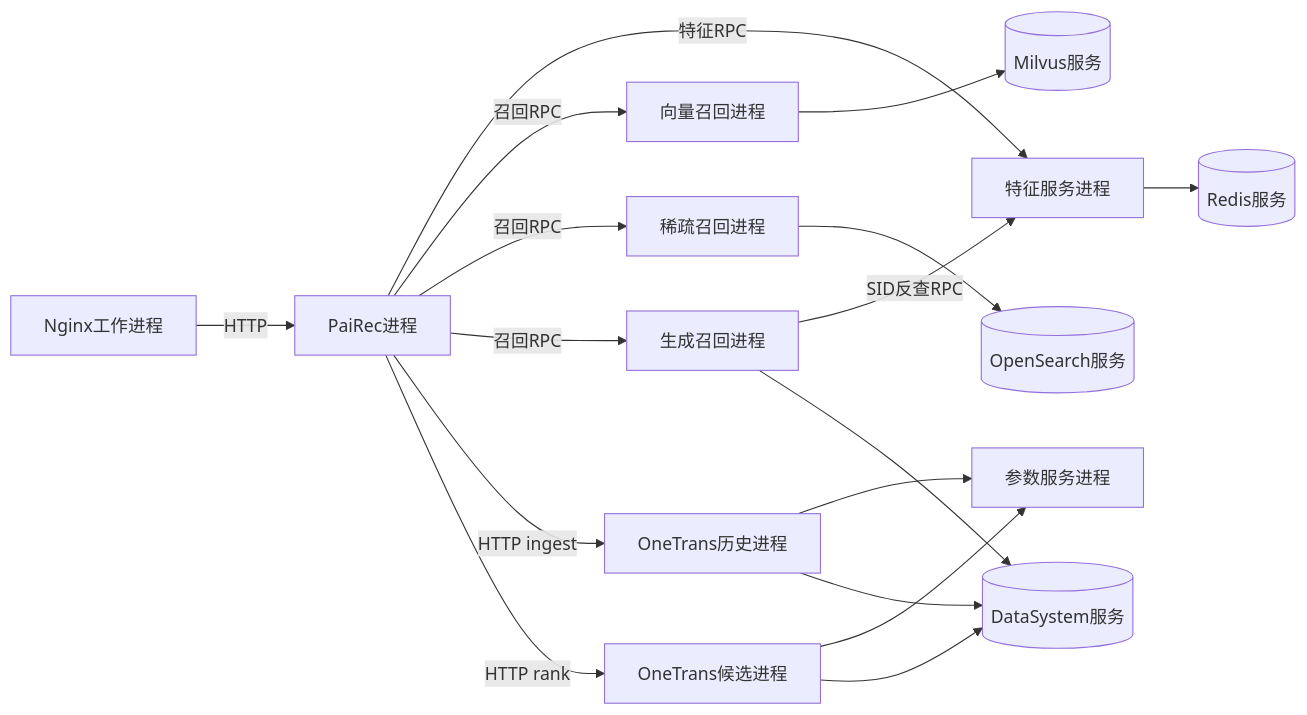
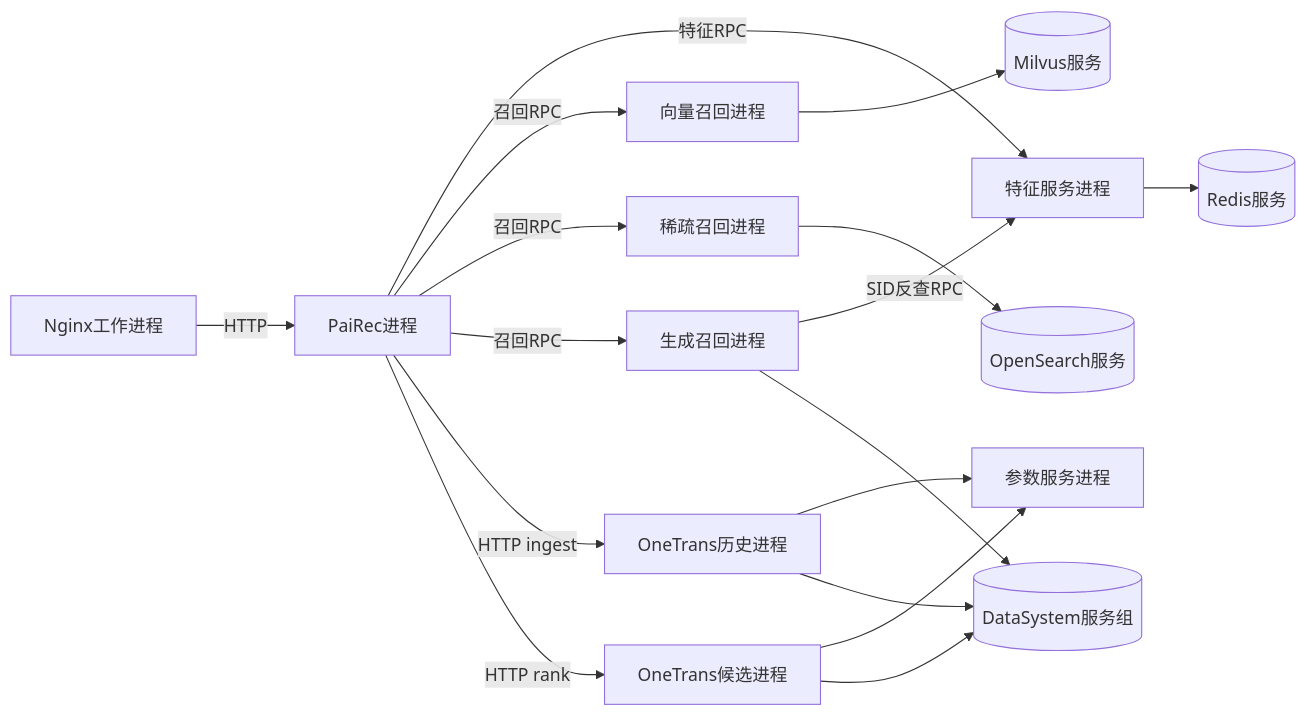
One commit to bitianyuan123/docs changed the diagram in diagrams/01_system_04.mmd. Above: the diagram before and after it, drawn with Mermaid. The commit also changed 74 other files, not shown here.

```diff
--- a/diagrams/01_system_04.mmd
+++ b/diagrams/01_system_04.mmd
@@ -1,17 +1,17 @@
 flowchart LR
     N[Nginx工作进程] -->|HTTP| P[PaiRec进程]
     P -->|特征RPC| F[特征服务进程]
     F --> R[(Redis服务)]
     P -->|召回RPC| V[向量召回进程]
     V --> M[(Milvus服务)]
     P -->|召回RPC| S[稀疏召回进程]
     S --> O[(OpenSearch服务)]
     P -->|召回RPC| G[生成召回进程]
     G -->|SID反查RPC| F
     P -->|HTTP ingest| H[OneTrans历史进程]
     P -->|HTTP rank| D[OneTrans候选进程]
     H --> PS[参数服务进程]
     D --> PS
-    H --> K[(DataSystem服务)]
+    H --> K[(DataSystem服务组)]
     D --> K
     G --> K
```
